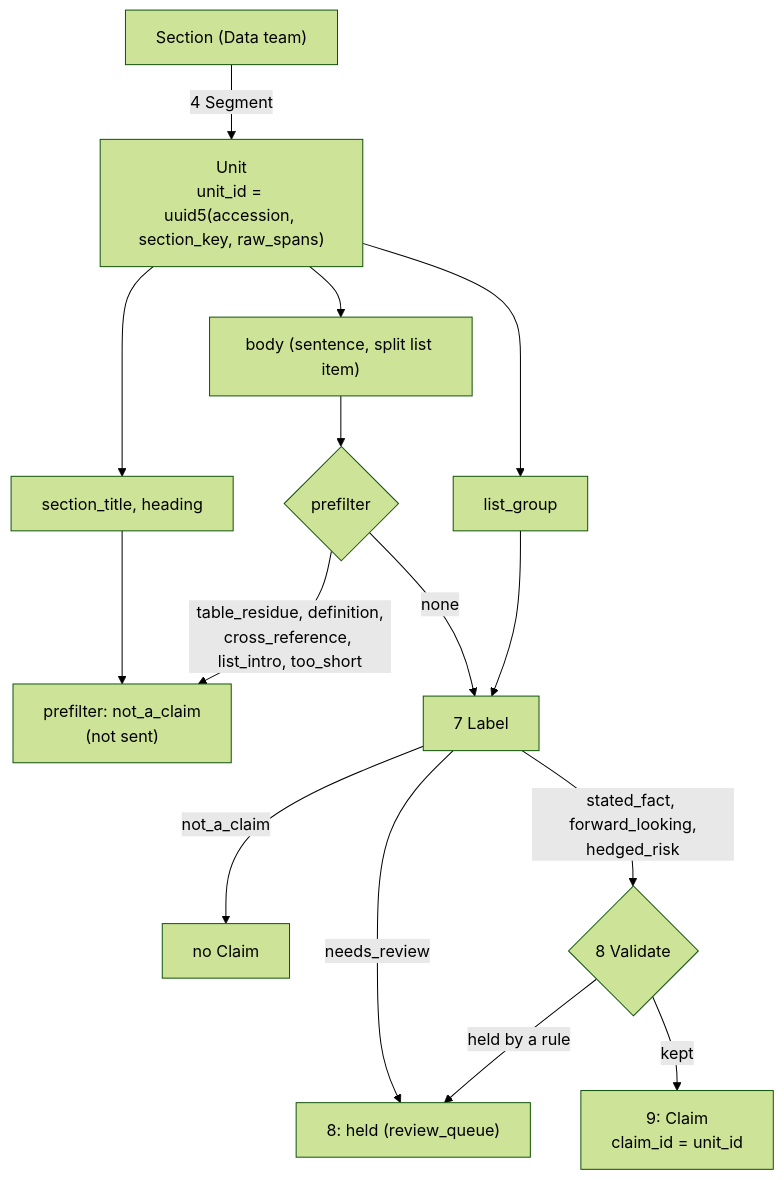
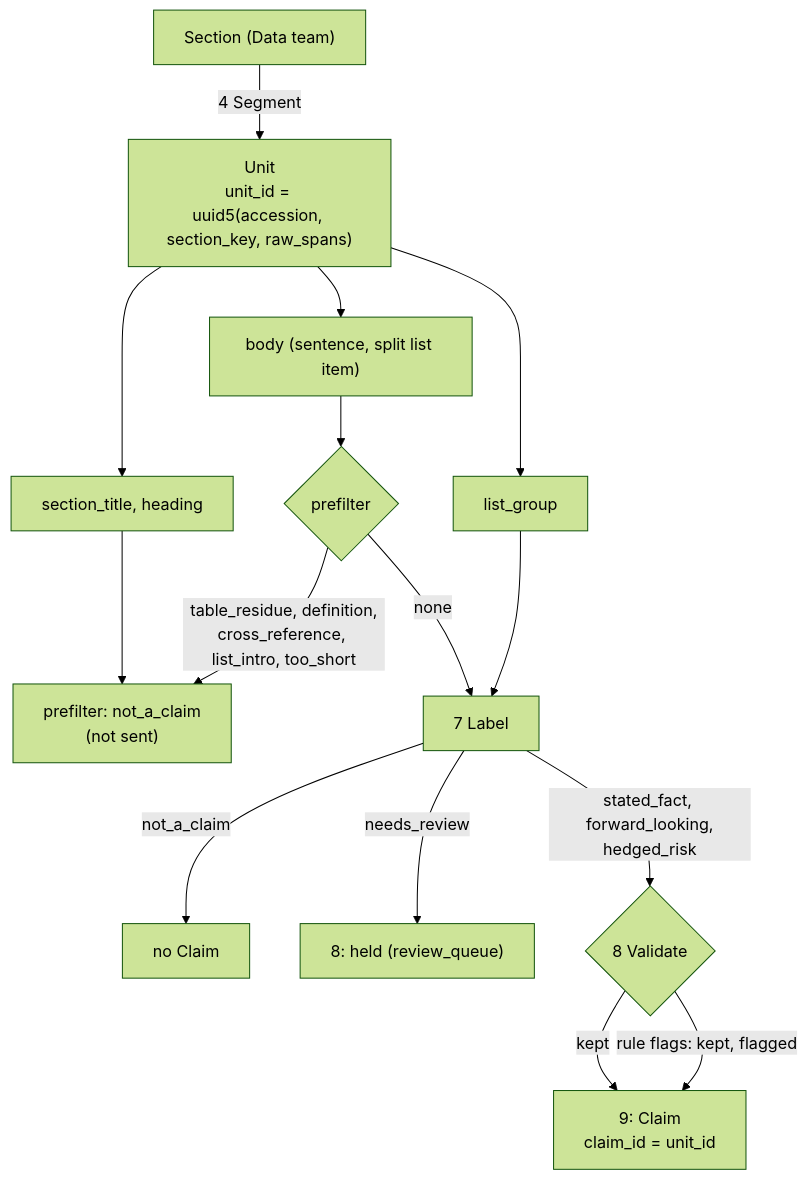
One commit to ZiyiClaudiaWang/KPMG-GraphRAG changed the sixth of 6 diagrams in extraction_pipeline/README.md. Above: the diagram before and after it, drawn with Mermaid (forest theme). The commit also changed other lines of this file and 5 other files, not shown here.

First line of the commit message:
Step 8: rule flags no longer hold Claims; list items are Claims

````diff
--- a/extraction_pipeline/README.md
+++ b/extraction_pipeline/README.md
@@ -173,17 +173,17 @@
 ```mermaid
 flowchart TD
     S["Section (Data team)"] -->|"4 Segment"| U["Unit<br/>unit_id = uuid5(accession, section_key, raw_spans)"]
     U --> R1["section_title, heading"]
     U --> R2["body (sentence, split list item)"]
     U --> R3["list_group"]
     R1 --> NO["prefilter: not_a_claim<br/>(not sent)"]
     R2 --> P{"prefilter"}
     P -->|"table_residue, definition,<br/>cross_reference, list_intro, too_short"| NO
     P -->|"none"| LLM["7 Label"]
     R3 --> LLM
     LLM -->|"not_a_claim"| X["no Claim"]
     LLM -->|"needs_review"| H["8: held (review_queue)"]
     LLM -->|"stated_fact, forward_looking,<br/>hedged_risk"| V{"8 Validate"}
-    V -->|"held by a rule"| H
     V -->|"kept"| C["9: Claim<br/>claim_id = unit_id"]
+    V -->|"rule flags: kept, flagged"| C
 ```
````
